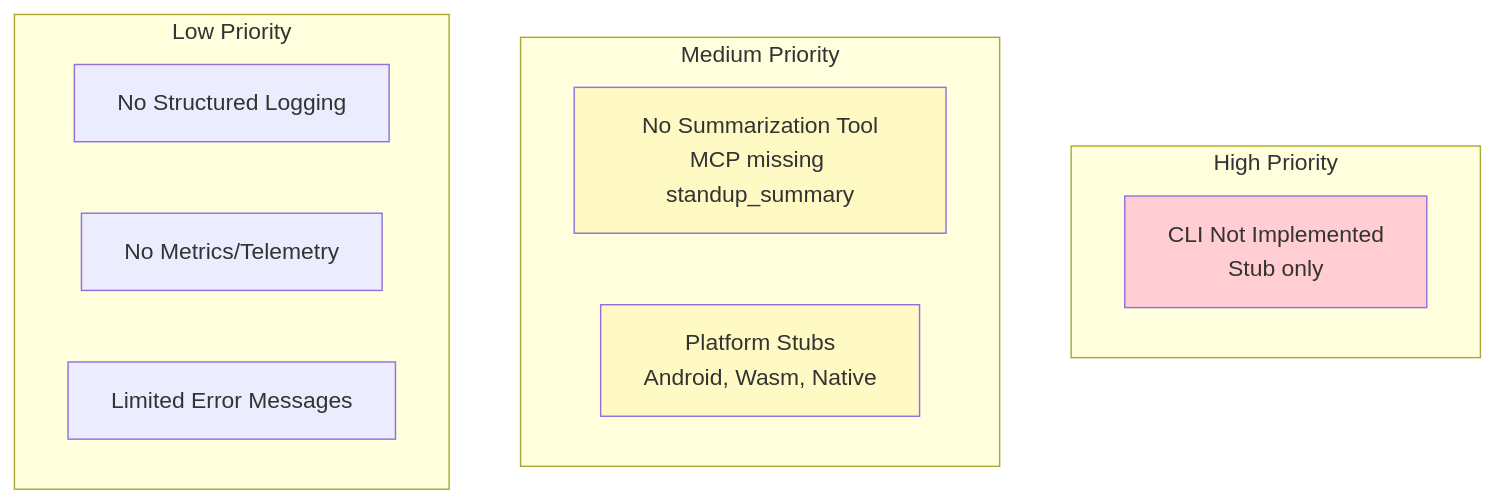
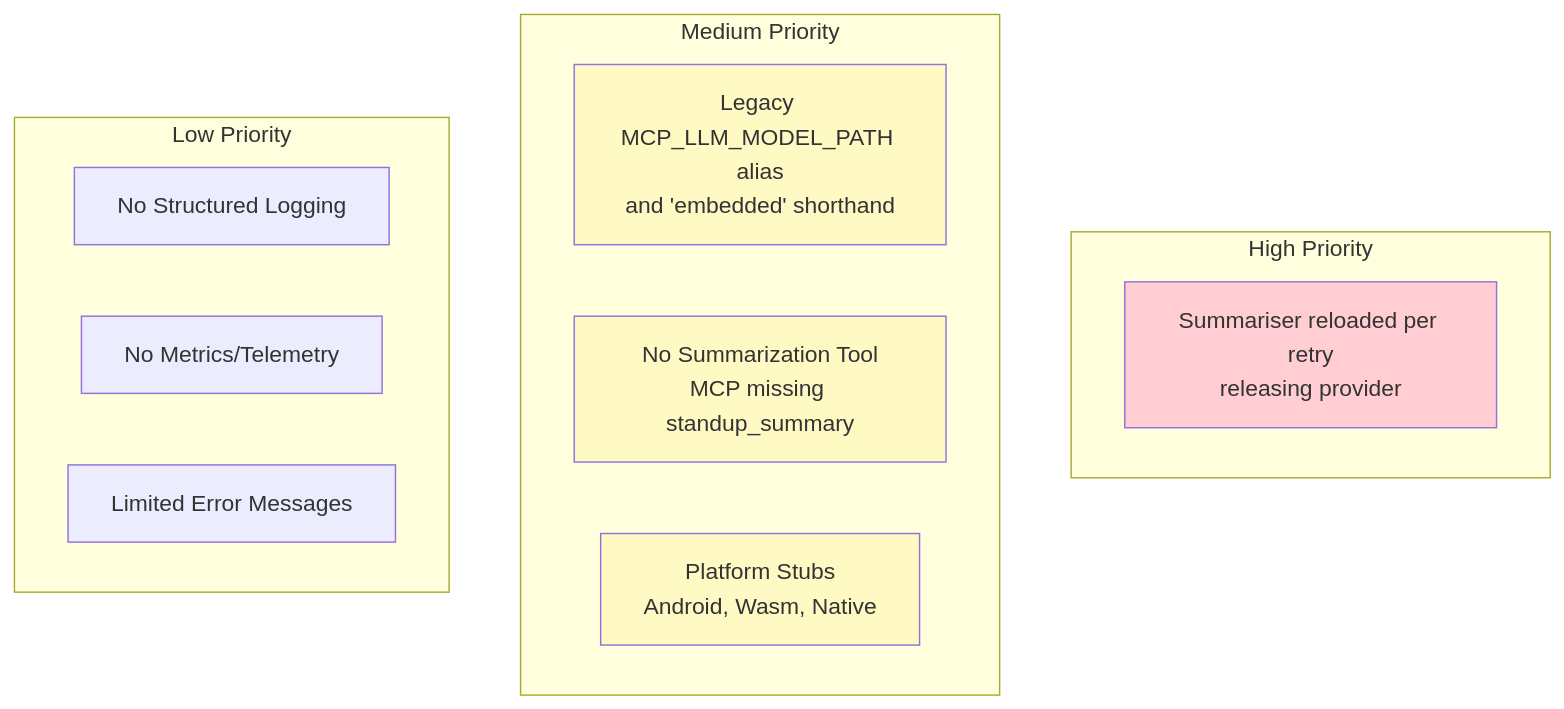
The first of 2 diagrams in docs/modules/architecture/pages/11-risks-technical-debt.adoc (michalharakal/Daily-StandAPP), drawn with Mermaid before and after one commit. The commit also changed other lines of this file and 38 other files, not shown here.

```diff
--- a/docs/modules/architecture/pages/11-risks-technical-debt.adoc
+++ b/docs/modules/architecture/pages/11-risks-technical-debt.adoc
@@ -93,22 +94,24 @@
 [mermaid]
 ----
 graph TB
     subgraph "High Priority"
-        TD1[CLI Not Implemented<br/>Stub only]
+        TD1[Summariser reloaded per retry<br/>releasing provider]
     end
 
     subgraph "Medium Priority"
+        TD2[Legacy MCP_LLM_MODEL_PATH alias<br/>and 'embedded' shorthand]
         TD3[No Summarization Tool<br/>MCP missing standup_summary]
         TD4[Platform Stubs<br/>Android, Wasm, Native]
     end
 
     subgraph "Low Priority"
         TD5[No Structured Logging]
         TD6[No Metrics/Telemetry]
         TD7[Limited Error Messages]
     end
 
     style TD1 fill:#ffcdd2
+    style TD2 fill:#fff9c4
     style TD3 fill:#fff9c4
     style TD4 fill:#fff9c4
 ----
```
